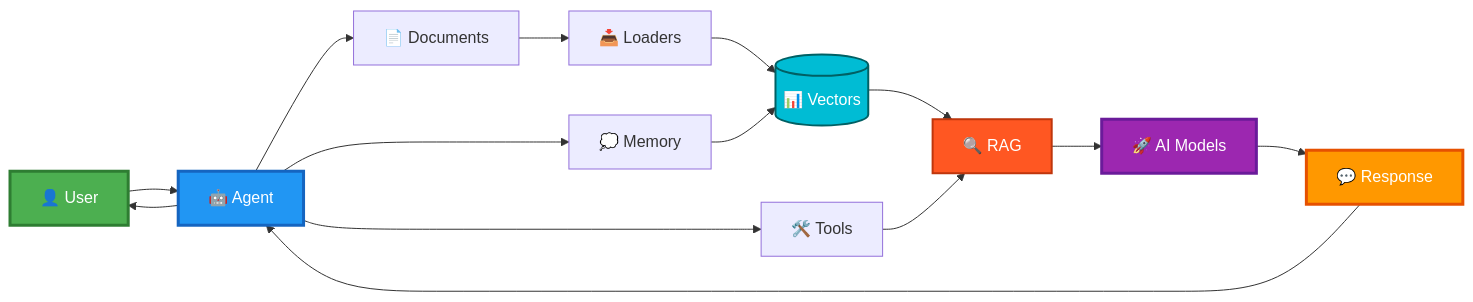
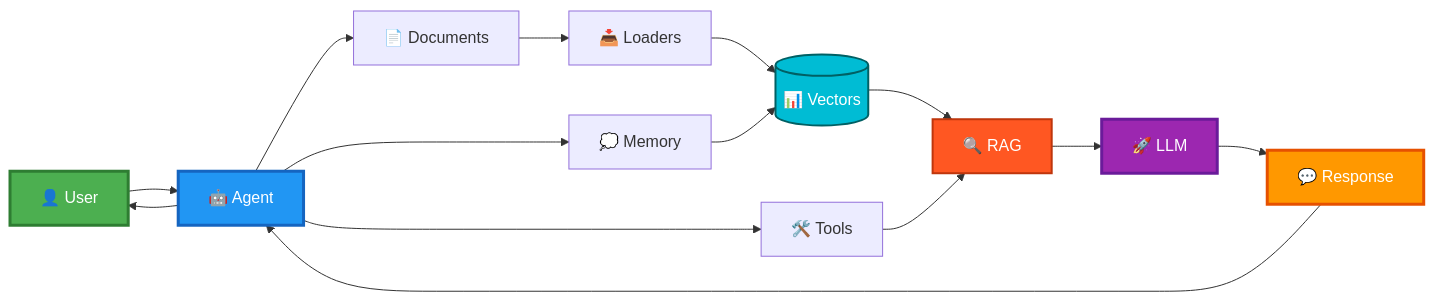
One commit to ortus-docs/coldbox-docs changed the diagram in digging-deeper/ai/boxlang-ai.md. Above: the diagram before and after it, drawn with Mermaid. The commit also changed other lines of this file and 1 other file, not shown here.

````diff
--- a/digging-deeper/ai/boxlang-ai.md
+++ b/digging-deeper/ai/boxlang-ai.md
@@ -20,27 +28,27 @@
 ```mermaid
 graph LR
     User["👤 User"] --> Agent["🤖 Agent"]
 
     Agent --> Memory["💭 Memory"]
     Agent --> Tools["🛠️ Tools"]
     Agent --> Docs["📄 Documents"]
 
     Docs --> Loaders["📥 Loaders"]
     Loaders --> VectorDB[("📊 Vectors")]
 
     Memory --> VectorDB
     VectorDB --> RAG["🔍 RAG"]
     Tools --> RAG
 
-    RAG --> AI["🚀 AI Models"]
+    RAG --> AI["🚀 LLM"]
     AI --> Response["💬 Response"]
     Response --> Agent
     Agent --> User
 
     style User fill:#4CAF50,stroke:#2E7D32,stroke-width:3px,color:#fff
     style Agent fill:#2196F3,stroke:#1565C0,stroke-width:3px,color:#fff
     style AI fill:#9C27B0,stroke:#6A1B9A,stroke-width:3px,color:#fff
     style Response fill:#FF9800,stroke:#E65100,stroke-width:3px,color:#fff
     style VectorDB fill:#00BCD4,stroke:#006064,stroke-width:2px,color:#fff
     style RAG fill:#FF5722,stroke:#BF360C,stroke-width:2px,color:#fff
 ```
````
